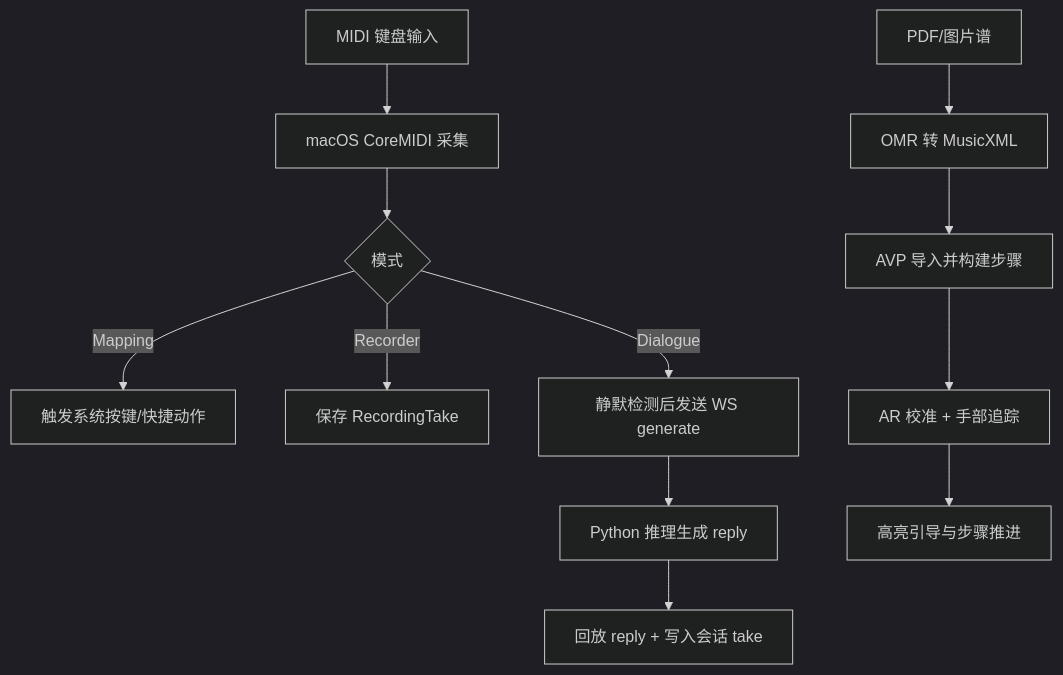
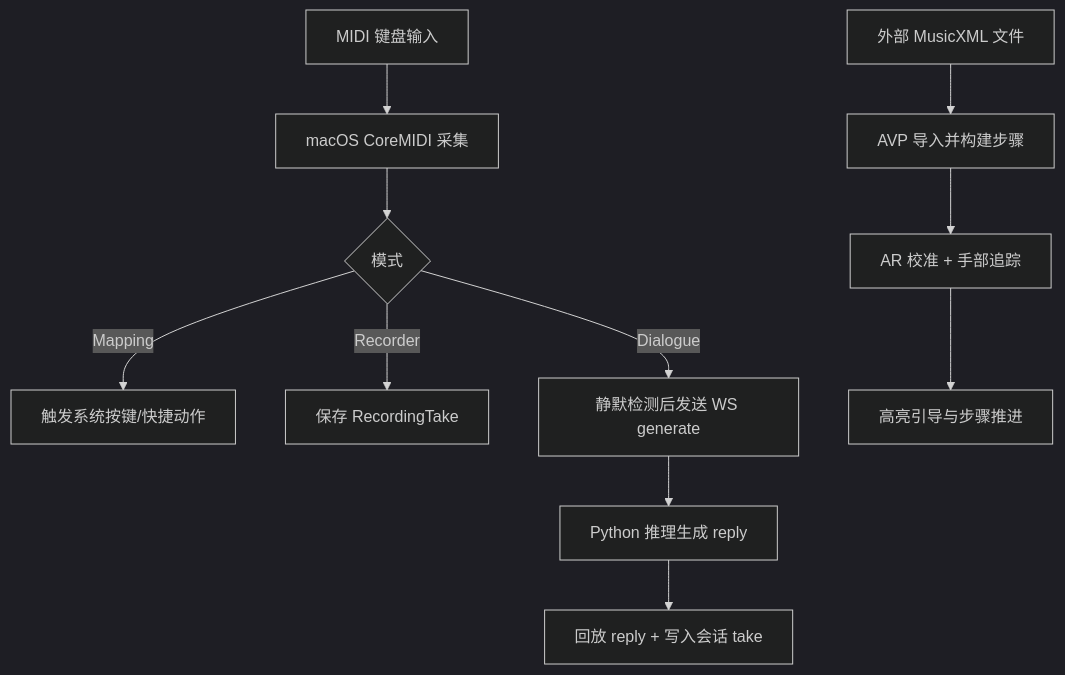
One commit to chiimagnus/LonelyPianist changed the diagram in .github/deepwiki/business-context.md. Above: the diagram before and after it, drawn with Mermaid (dark theme). The commit also changed other lines of this file and 24 other files, not shown here.

````diff
--- a/.github/deepwiki/business-context.md
+++ b/.github/deepwiki/business-context.md
@@ -36,14 +33,13 @@
 ```mermaid
 flowchart TD
   A[MIDI 键盘输入] --> B[macOS CoreMIDI 采集]
   B --> C{模式}
   C -->|Mapping| D[触发系统按键/快捷动作]
   C -->|Recorder| E[保存 RecordingTake]
   C -->|Dialogue| F[静默检测后发送 WS generate]
   F --> G[Python 推理生成 reply]
   G --> H[回放 reply + 写入会话 take]
-  I[PDF/图片谱] --> J[OMR 转 MusicXML]
-  J --> K[AVP 导入并构建步骤]
-  K --> L[AR 校准 + 手部追踪]
-  L --> M[高亮引导与步骤推进]
+  I[外部 MusicXML 文件] --> J[AVP 导入并构建步骤]
+  J --> K[AR 校准 + 手部追踪]
+  K --> L[高亮引导与步骤推进]
 ```
````
